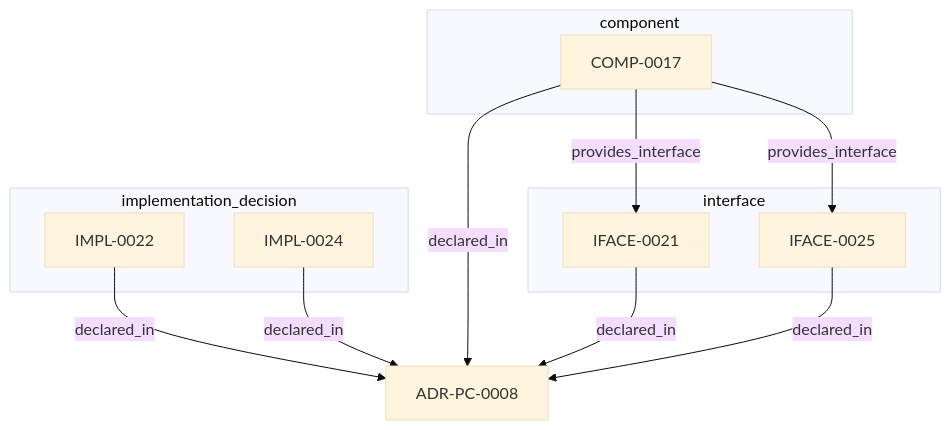
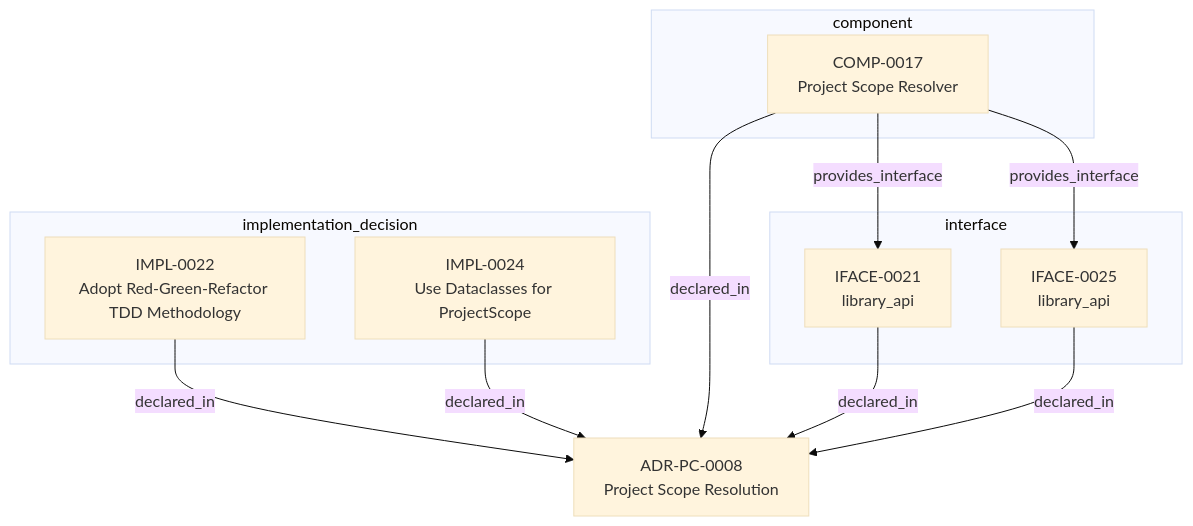
One commit to egallmann/adr-architecture-kit changed the second of 2 diagrams in adrs/adr-projection/physical-component/ADR-PC-0008-project-scope-resolution.md. Above: the diagram before and after it, drawn with Mermaid (base theme). The commit also changed other lines of this file and 35 other files, not shown here.

````diff
--- a/adrs/adr-projection/physical-component/ADR-PC-0008-project-scope-resolution.md
+++ b/adrs/adr-projection/physical-component/ADR-PC-0008-project-scope-resolution.md
@@ -65,22 +106,22 @@
 ```mermaid
 flowchart TB
-  n_01a048d8_454a_7464_bcaa_718fa77bed6a["ADR-PC-0008"]
+  n_01a048d8_454a_7464_bcaa_718fa77bed6a["ADR-PC-0008<br/>Project Scope Resolution"]
   subgraph sg_component["component"]
-    n_019fee89_e618_719b_bb3a_f13ab0906811["COMP-0017"]
+    n_019fee89_e618_719b_bb3a_f13ab0906811["COMP-0017<br/>Project Scope Resolver"]
   end
   subgraph sg_interface["interface"]
-    n_019fee89_e618_717e_933f_f02a053e8ac5["IFACE-0021"]
-    n_019fee89_e618_79e6_8b3f_27b30946373a["IFACE-0025"]
+    n_019fee89_e618_717e_933f_f02a053e8ac5["IFACE-0021<br/>library_api"]
+    n_019fee89_e618_79e6_8b3f_27b30946373a["IFACE-0025<br/>library_api"]
   end
   subgraph sg_implementation_decision["implementation_decision"]
-    n_019fee89_e618_76f2_b72f_5316b89484aa["IMPL-0022"]
-    n_019fee89_e618_722c_b527_14eb4ee67d88["IMPL-0024"]
+    n_019fee89_e618_76f2_b72f_5316b89484aa["IMPL-0022<br/>Adopt Red-Green-Refactor TDD Methodology"]
+    n_019fee89_e618_722c_b527_14eb4ee67d88["IMPL-0024<br/>Use Dataclasses for ProjectScope"]
   end
   n_019fee89_e618_717e_933f_f02a053e8ac5 -->|"declared_in"| n_01a048d8_454a_7464_bcaa_718fa77bed6a
   n_019fee89_e618_719b_bb3a_f13ab0906811 -->|"declared_in"| n_01a048d8_454a_7464_bcaa_718fa77bed6a
   n_019fee89_e618_722c_b527_14eb4ee67d88 -->|"declared_in"| n_01a048d8_454a_7464_bcaa_718fa77bed6a
   n_019fee89_e618_76f2_b72f_5316b89484aa -->|"declared_in"| n_01a048d8_454a_7464_bcaa_718fa77bed6a
   n_019fee89_e618_79e6_8b3f_27b30946373a -->|"declared_in"| n_01a048d8_454a_7464_bcaa_718fa77bed6a
   n_019fee89_e618_719b_bb3a_f13ab0906811 -->|"provides_interface"| n_019fee89_e618_717e_933f_f02a053e8ac5
   n_019fee89_e618_719b_bb3a_f13ab0906811 -->|"provides_interface"| n_019fee89_e618_79e6_8b3f_27b30946373a
 ```
````
